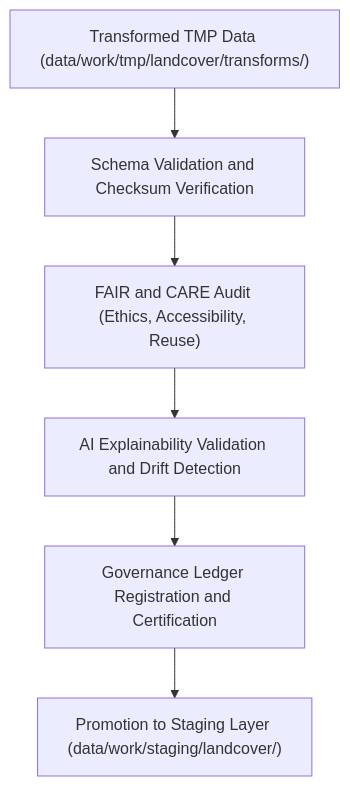
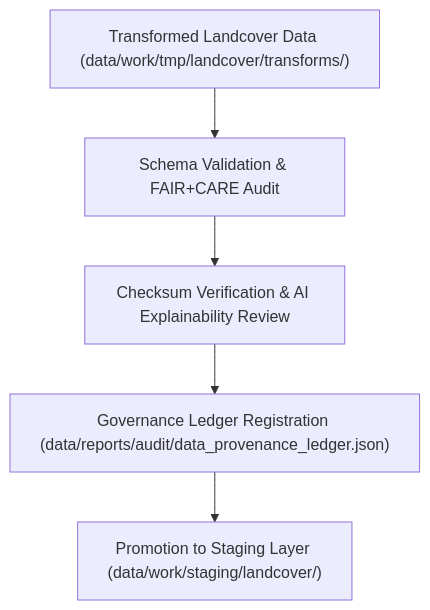
One commit to bartytime4life/Kansas-Frontier-Matrix changed the diagram in data/work/tmp/landcover/validation/README.md. Above: the diagram before and after it, drawn with Mermaid. The commit also changed other lines of this file, not shown here.

````diff
--- a/data/work/tmp/landcover/validation/README.md
+++ b/data/work/tmp/landcover/validation/README.md
@@ -69,8 +65,7 @@
 ```mermaid
 flowchart TD
-    A["Transformed TMP Data (data/work/tmp/landcover/transforms/)"] --> B["Schema Validation and Checksum Verification"]
-    B --> C["FAIR and CARE Audit (Ethics, Accessibility, Reuse)"]
-    C --> D["AI Explainability Validation and Drift Detection"]
-    D --> E["Governance Ledger Registration and Certification"]
-    E --> F["Promotion to Staging Layer (data/work/staging/landcover/)"]
+    A["Transformed Landcover Data (data/work/tmp/landcover/transforms/)"] --> B["Schema Validation & FAIR+CARE Audit"]
+    B --> C["Checksum Verification & AI Explainability Review"]
+    C --> D["Governance Ledger Registration (data/reports/audit/data_provenance_ledger.json)"]
+    D --> E["Promotion to Staging Layer (data/work/staging/landcover/)"]
 ```
````
